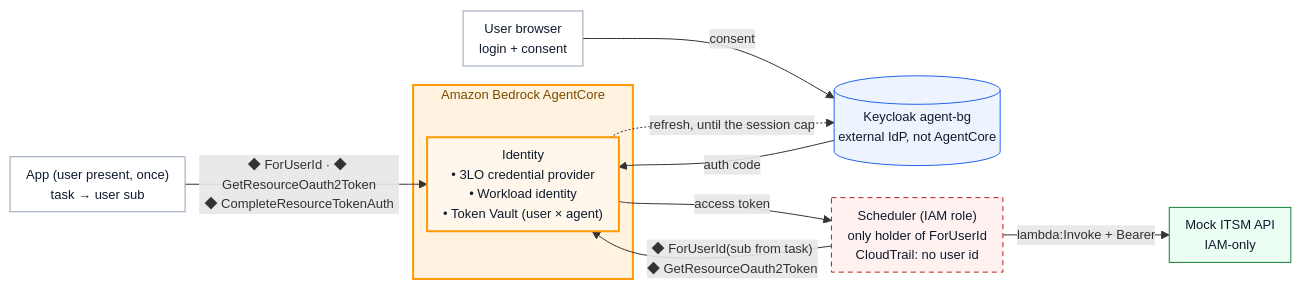
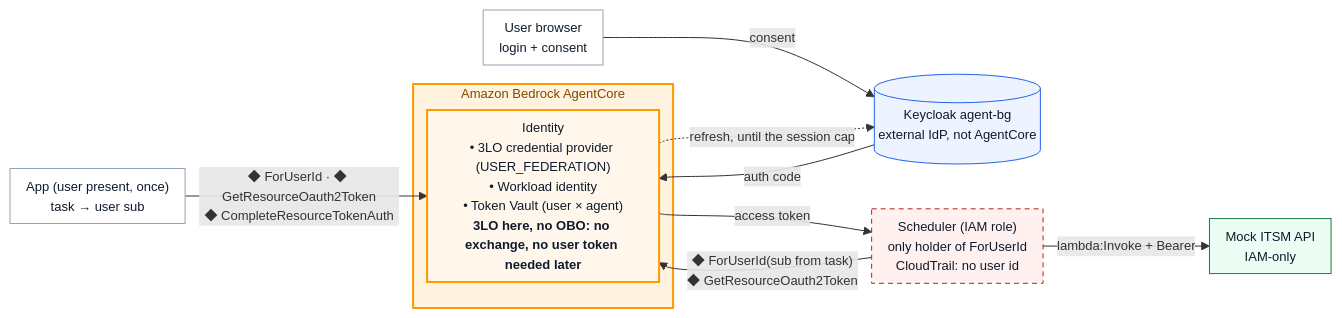
One commit to zanbei/agentcore-delegated-auth-poc changed the diagram in docs/diagrams/poc2-en.mmd. Above: the diagram before and after it, drawn with Mermaid. The commit also changed 5 other files, not shown here.

Commit message:
Highlight the OBO path in the architecture; explain where OBO is and is not used

```diff
--- a/docs/diagrams/poc2-en.mmd
+++ b/docs/diagrams/poc2-en.mmd
@@ -1,23 +1,24 @@
 %%{init: {"flowchart": {"nodeSpacing": 18, "rankSpacing": 28, "padding": 8}, "themeVariables": {"fontSize": "13px"}}}%%
 flowchart LR
     APP["App (user present, once)<br/>task → user sub"] -->|"◆ ForUserId · ◆ GetResourceOauth2Token<br/>◆ CompleteResourceTokenAuth"| ID
     subgraph AC["Amazon Bedrock AgentCore"]
-        ID["Identity<br/>• 3LO credential provider<br/>• Workload identity<br/>• Token Vault (user × agent)"]
+        ID["Identity<br/>• 3LO credential provider (USER_FEDERATION)<br/>• Workload identity<br/>• Token Vault (user × agent)<br/><b>3LO here, no OBO: no exchange, no user token needed later</b>"]
     end
     B["User browser<br/>login + consent"] -->|"consent"| K[("Keycloak agent-bg<br/>external IdP, not AgentCore")]
     K -->|"auth code"| ID
     ID -.->|"refresh, until the session cap"| K
     S["Scheduler (IAM role)<br/>only holder of ForUserId<br/>CloudTrail: no user id"] -->|"◆ ForUserId(sub from task)<br/>◆ GetResourceOauth2Token"| ID
     ID -->|"access token"| S
     S -->|"lambda:Invoke + Bearer"| D["Mock ITSM API<br/>IAM-only"]
     classDef agentcore fill:#fff7eb,stroke:#ff9900,stroke-width:2px,color:#0f1b2d
+    classDef obo fill:#ffe0b2,stroke:#e65100,stroke-width:4px,color:#0f1b2d
     classDef idp fill:#eef4ff,stroke:#2563eb,color:#0f1b2d
     classDef app fill:#ffffff,stroke:#94a3b8,color:#0f1b2d
     classDef down fill:#ecfdf3,stroke:#15803d,color:#0f1b2d
     classDef risk fill:#fff1f0,stroke:#b42318,stroke-dasharray:5 4,color:#0f1b2d
     style AC fill:#fff3e0,stroke:#ff9900,stroke-width:2px,color:#7a4a00
     class ID agentcore
     class K idp
     class APP,B app
     class D down
     class S risk
```
